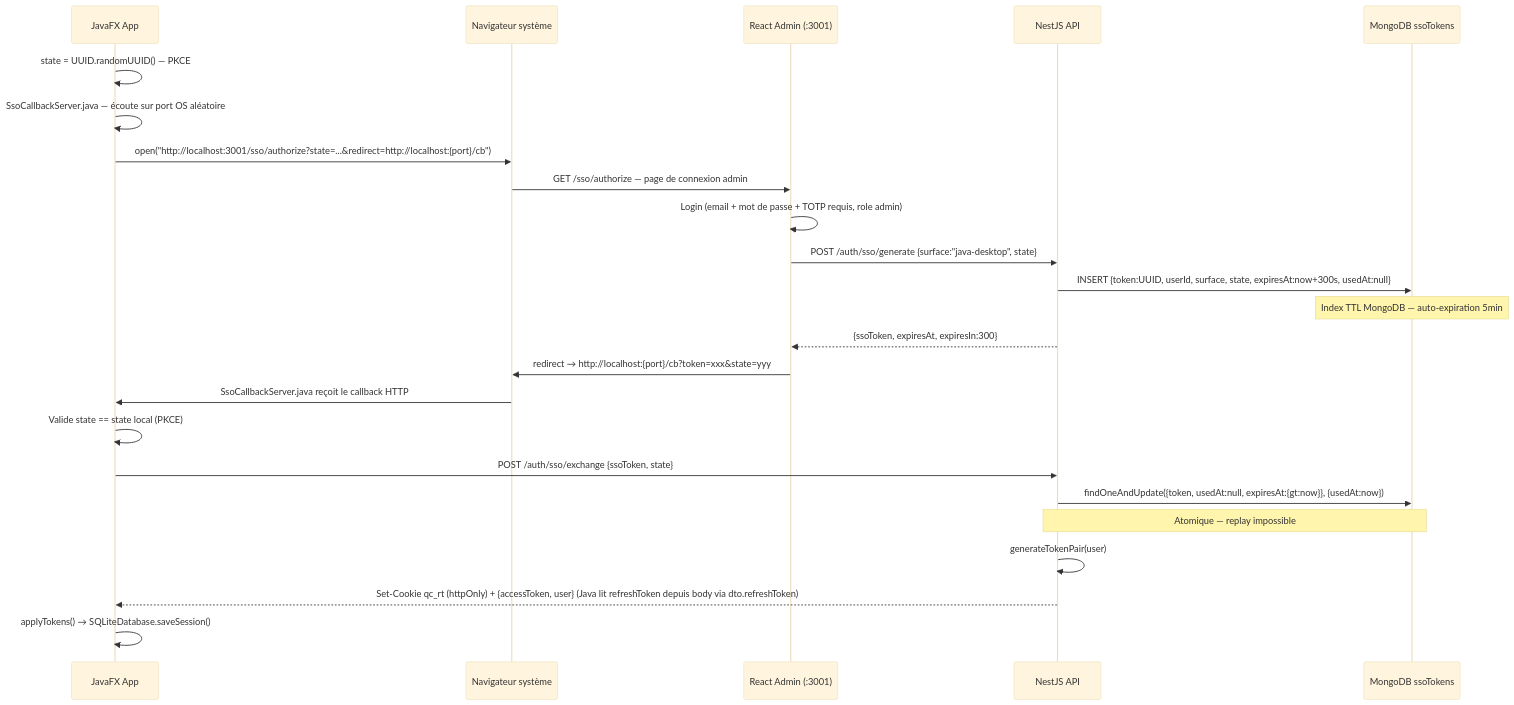
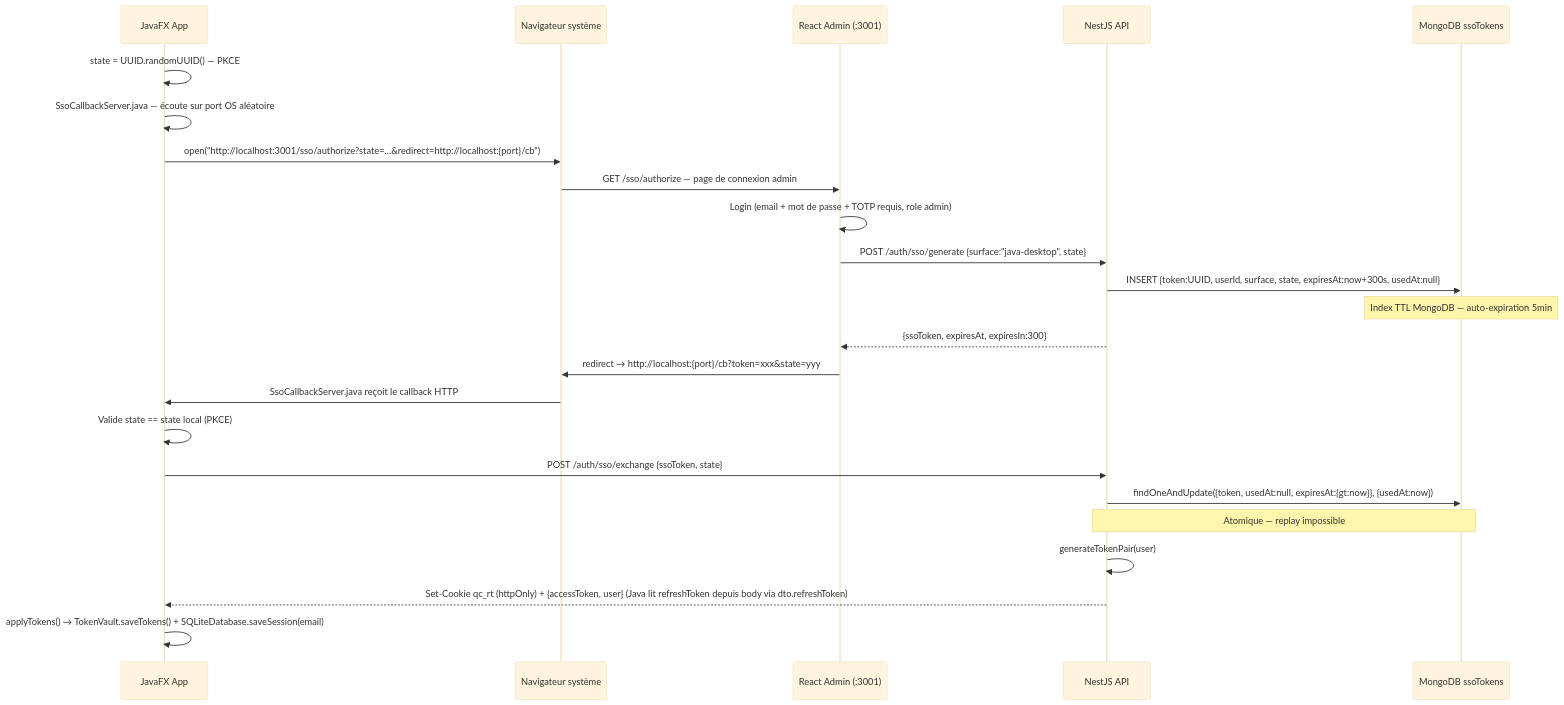
Before and after one commit to creibaud/QuartierConnect: the fifth of 16 diagrams in docs/ARCHITECTURE.md, drawn with Mermaid (base theme). The commit also changed other lines of this file and 1 other file, not shown here.

Commit message:
docs: enhance architecture and security documentation with improved structure and clarity

````diff
--- a/docs/ARCHITECTURE.md
+++ b/docs/ARCHITECTURE.md
@@ -201,27 +211,27 @@
 ```mermaid
 sequenceDiagram
     participant Java as JavaFX App
     participant Browser as Navigateur système
     participant Admin as React Admin (:3001)
     participant API as NestJS API
     participant Mongo as MongoDB ssoTokens
 
     Java->>Java: state = UUID.randomUUID() — PKCE
     Java->>Java: SsoCallbackServer.java — écoute sur port OS aléatoire
     Java->>Browser: open("http://localhost:3001/sso/authorize?state=...&redirect=http://localhost:{port}/cb")
     Browser->>Admin: GET /sso/authorize — page de connexion admin
     Admin->>Admin: Login (email + mot de passe + TOTP requis, role admin)
     Admin->>API: POST /auth/sso/generate {surface:"java-desktop", state}
     API->>Mongo: INSERT {token:UUID, userId, surface, state, expiresAt:now+300s, usedAt:null}
     Note over Mongo: Index TTL MongoDB — auto-expiration 5min
     API-->>Admin: {ssoToken, expiresAt, expiresIn:300}
     Admin->>Browser: redirect → http://localhost:{port}/cb?token=xxx&state=yyy
     Browser->>Java: SsoCallbackServer.java reçoit le callback HTTP
     Java->>Java: Valide state == state local (PKCE)
     Java->>API: POST /auth/sso/exchange {ssoToken, state}
     API->>Mongo: findOneAndUpdate({token, usedAt:null, expiresAt:{gt:now}}, {usedAt:now})
     Note over API,Mongo: Atomique — replay impossible
     API->>API: generateTokenPair(user)
     API-->>Java: Set-Cookie qc_rt (httpOnly) + {accessToken, user} (Java lit refreshToken depuis body via dto.refreshToken)
-    Java->>Java: applyTokens() → SQLiteDatabase.saveSession()
+    Java->>Java: applyTokens() → TokenVault.saveTokens() + SQLiteDatabase.saveSession(email)
 ```
````
